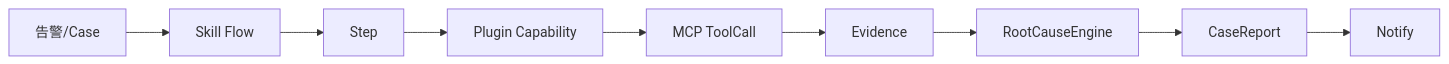
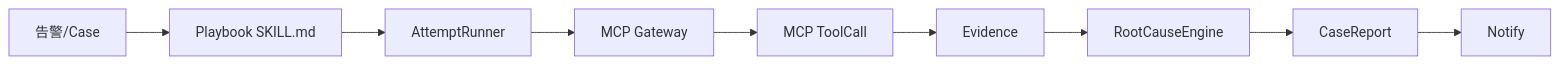
The diagram in README.md (iceycn/root-seeker-v2), drawn with Mermaid before and after one commit. The commit also changed other lines of this file and 5 other files, not shown here.

````diff
--- a/README.md
+++ b/README.md
@@ -72,11 +72,11 @@
 ```mermaid
 flowchart LR
-  A[告警/Case] --> B[Skill Flow]
-  B --> C[Step]
-  C --> D[Plugin Capability]
+  A[告警/Case] --> B[Playbook SKILL.md]
+  B --> C[AttemptRunner]
+  C --> D[MCP Gateway]
   D --> E[MCP ToolCall]
   E --> F[Evidence]
   F --> G[RootCauseEngine]
   G --> H[CaseReport]
   H --> I[Notify]
 ```
````
